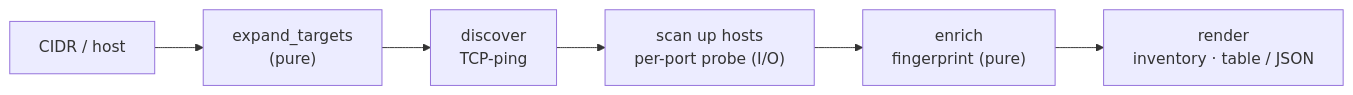
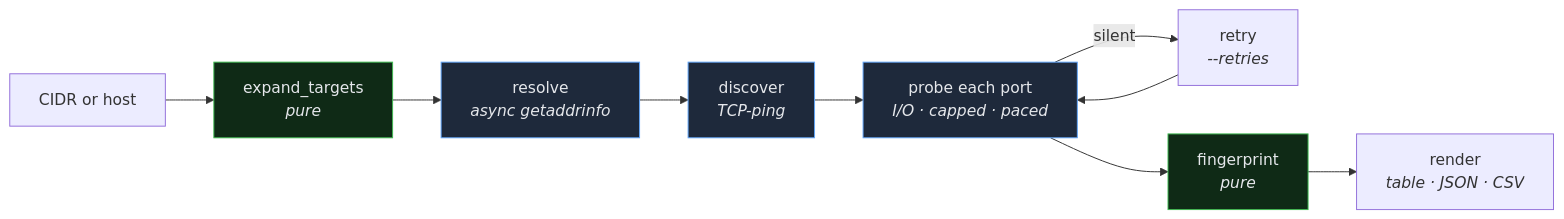
Before and after one commit to Zoel-Manchon/pyscan: the third of 5 diagrams in README.md, drawn with Mermaid. The commit also changed other lines of this file and 16 other files, not shown here.

````diff
--- a/README.md
+++ b/README.md
@@ -173,8 +297,17 @@
 ```mermaid
 flowchart LR
-    A["CIDR / host"] --> B["expand_targets<br/>(pure)"]
-    B --> C["discover<br/>TCP-ping"]
-    C --> D["scan up hosts<br/>per-port probe (I/O)"]
-    D --> E["enrich<br/>fingerprint (pure)"]
-    E --> F["render<br/>inventory · table / JSON"]
+    A["CIDR or host"] --> B["expand_targets<br/><i>pure</i>"]
+    B --> C["resolve<br/><i>async getaddrinfo</i>"]
+    C --> D["discover<br/><i>TCP-ping</i>"]
+    D --> E["probe each port<br/><i>I/O · capped · paced</i>"]
+    E -->|silent| E2["retry<br/><i>--retries</i>"]
+    E2 --> E
+    E --> F["fingerprint<br/><i>pure</i>"]
+    F --> G["render<br/><i>table · JSON · CSV</i>"]
+
+    style B fill:#0f2a16,stroke:#3fb950,color:#e5e7eb
+    style F fill:#0f2a16,stroke:#3fb950,color:#e5e7eb
+    style E fill:#1e293b,stroke:#60a5fa,color:#e5e7eb
+    style C fill:#1e293b,stroke:#60a5fa,color:#e5e7eb
+    style D fill:#1e293b,stroke:#60a5fa,color:#e5e7eb
 ```
````
